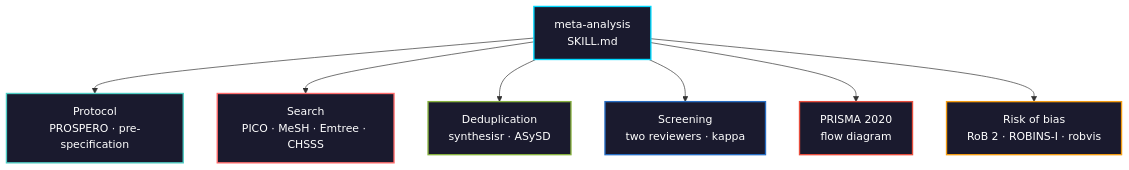
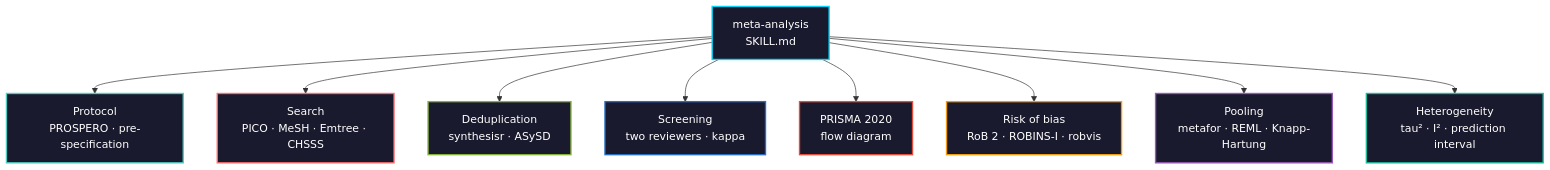
Before and after one commit to zamushwani/biomedical-ai-skills: the diagram in skills/meta-analysis/README.md, drawn with Mermaid. The commit also changed other lines of this file and 3 other files, not shown here.

````diff
--- a/skills/meta-analysis/README.md
+++ b/skills/meta-analysis/README.md
@@ -5,16 +5,20 @@
 ```mermaid
 graph TD
     A["meta-analysis<br>SKILL.md"] --> B["Protocol<br>PROSPERO · pre-specification"]
     A --> C["Search<br>PICO · MeSH · Emtree · CHSSS"]
     A --> D["Deduplication<br>synthesisr · ASySD"]
     A --> E["Screening<br>two reviewers · kappa"]
     A --> F["PRISMA 2020<br>flow diagram"]
     A --> G["Risk of bias<br>RoB 2 · ROBINS-I · robvis"]
+    A --> H["Pooling<br>metafor · REML · Knapp-Hartung"]
+    A --> I["Heterogeneity<br>tau² · I² · prediction interval"]
     style A fill:#1a1a2e,stroke:#00d9ff,color:#fff,stroke-width:2px
     style B fill:#1a1a2e,stroke:#4ecdc4,color:#fff,stroke-width:2px
     style C fill:#1a1a2e,stroke:#ff6b6b,color:#fff,stroke-width:2px
     style D fill:#1a1a2e,stroke:#87b13f,color:#fff,stroke-width:2px
     style E fill:#1a1a2e,stroke:#276DC3,color:#fff,stroke-width:2px
     style F fill:#1a1a2e,stroke:#e84d3c,color:#fff,stroke-width:2px
     style G fill:#1a1a2e,stroke:#f39c12,color:#fff,stroke-width:2px
+    style H fill:#1a1a2e,stroke:#9b59b6,color:#fff,stroke-width:2px
+    style I fill:#1a1a2e,stroke:#1abc9c,color:#fff,stroke-width:2px
 ```
````
